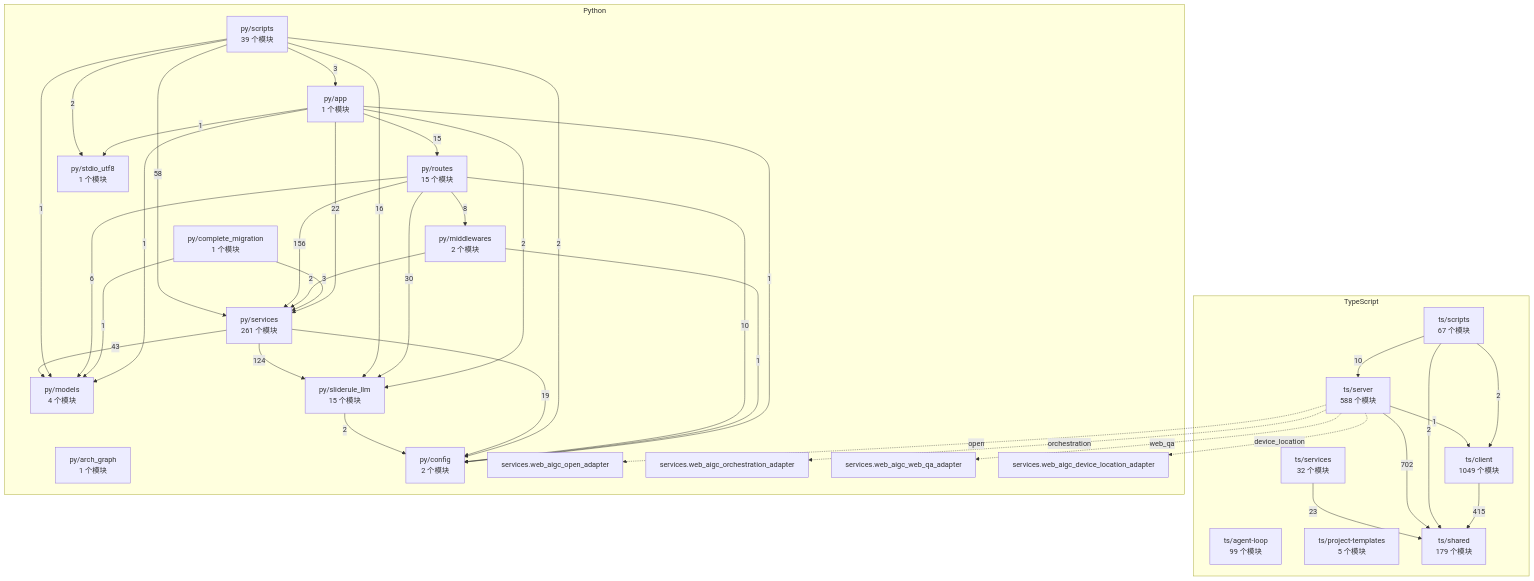
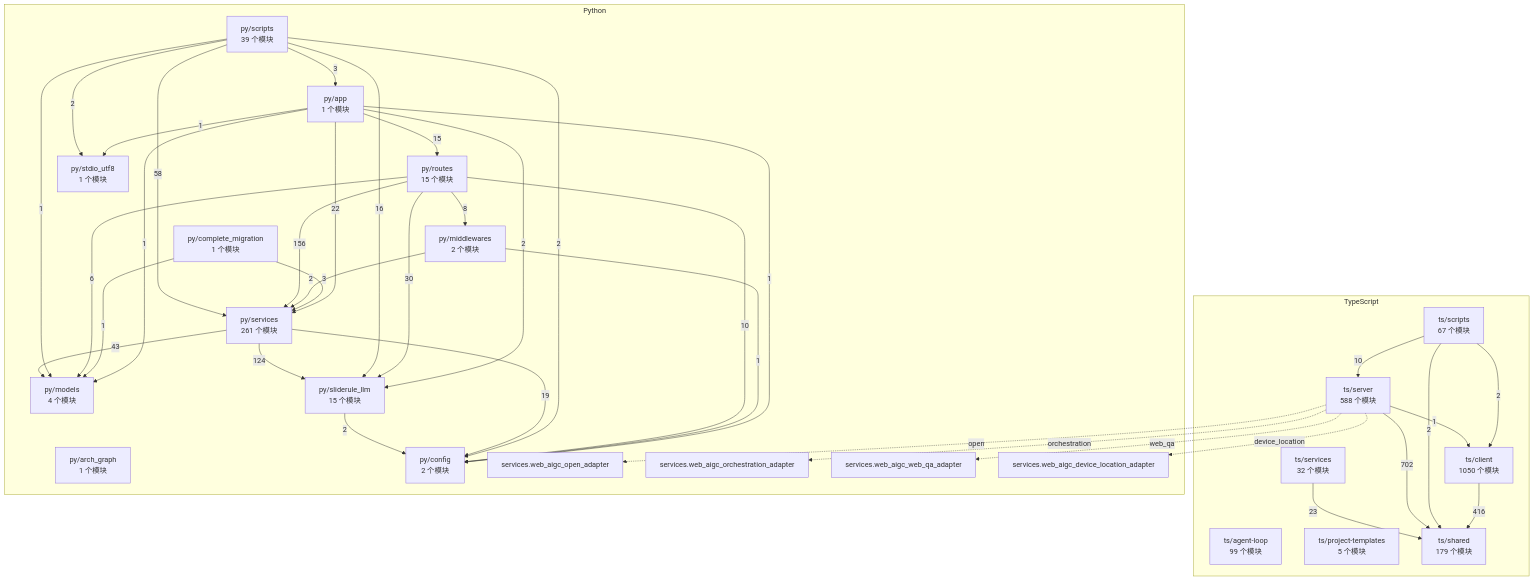
One commit to 2686521696/WhyBuddy changed the diagram in docs/WhyBuddy 全仓架构图（自动生成）.md. Above: the diagram before and after it, drawn with Mermaid. The commit also changed 9 other files, not shown here.

````diff
--- a/docs/WhyBuddy 全仓架构图（自动生成）.md
+++ b/docs/WhyBuddy 全仓架构图（自动生成）.md
@@ -14,65 +14,65 @@
 ```mermaid
 flowchart TB
   subgraph ts [TypeScript]
     ts_agent_loop["ts/agent-loop<br/>99 个模块"]
-    ts_client["ts/client<br/>1049 个模块"]
+    ts_client["ts/client<br/>1050 个模块"]
     ts_project_templates["ts/project-templates<br/>5 个模块"]
     ts_scripts["ts/scripts<br/>67 个模块"]
     ts_server["ts/server<br/>588 个模块"]
     ts_services["ts/services<br/>32 个模块"]
     ts_shared["ts/shared<br/>179 个模块"]
   end
   subgraph py [Python]
     py_app["py/app<br/>1 个模块"]
     py_arch_graph["py/arch_graph<br/>1 个模块"]
     py_complete_migration["py/complete_migration<br/>1 个模块"]
     py_config["py/config<br/>2 个模块"]
     py_middlewares["py/middlewares<br/>2 个模块"]
     py_models["py/models<br/>4 个模块"]
     py_routes["py/routes<br/>15 个模块"]
     py_scripts["py/scripts<br/>39 个模块"]
     py_services["py/services<br/>261 个模块"]
     py_sliderule_llm["py/sliderule_llm<br/>15 个模块"]
     py_stdio_utf8["py/stdio_utf8<br/>1 个模块"]
     py_services_web_aigc_open_adapter["services.web_aigc_open_adapter"]
     py_services_web_aigc_orchestration_adapter["services.web_aigc_orchestration_adapter"]
     py_services_web_aigc_web_qa_adapter["services.web_aigc_web_qa_adapter"]
     py_services_web_aigc_device_location_adapter["services.web_aigc_device_location_adapter"]
   end
-  ts_client -->|415| ts_shared
+  ts_client -->|416| ts_shared
   ts_scripts -->|2| ts_client
   ts_scripts -->|10| ts_server
   ts_scripts -->|2| ts_shared
   ts_server -->|1| ts_client
   ts_server -->|702| ts_shared
   ts_services -->|23| ts_shared
   py_app -->|1| py_config
   py_app -->|1| py_models
   py_app -->|15| py_routes
   py_app -->|22| py_services
   py_app -->|2| py_sliderule_llm
   py_app -->|1| py_stdio_utf8
   py_complete_migration -->|1| py_models
   py_complete_migration -->|3| py_services
   py_middlewares -->|1| py_config
   py_middlewares -->|2| py_services
   py_routes -->|10| py_config
   py_routes -->|8| py_middlewares
   py_routes -->|6| py_models
   py_routes -->|156| py_services
   py_routes -->|30| py_sliderule_llm
   py_scripts -->|3| py_app
   py_scripts -->|2| py_config
   py_scripts -->|1| py_models
   py_scripts -->|58| py_services
   py_scripts -->|16| py_sliderule_llm
   py_scripts -->|2| py_stdio_utf8
   py_services -->|19| py_config
   py_services -->|43| py_models
   py_services -->|124| py_sliderule_llm
   py_sliderule_llm -->|2| py_config
   ts_server -.->|open| py_services_web_aigc_open_adapter
   ts_server -.->|orchestration| py_services_web_aigc_orchestration_adapter
   ts_server -.->|web_qa| py_services_web_aigc_web_qa_adapter
   ts_server -.->|device_location| py_services_web_aigc_device_location_adapter
 ```
````
